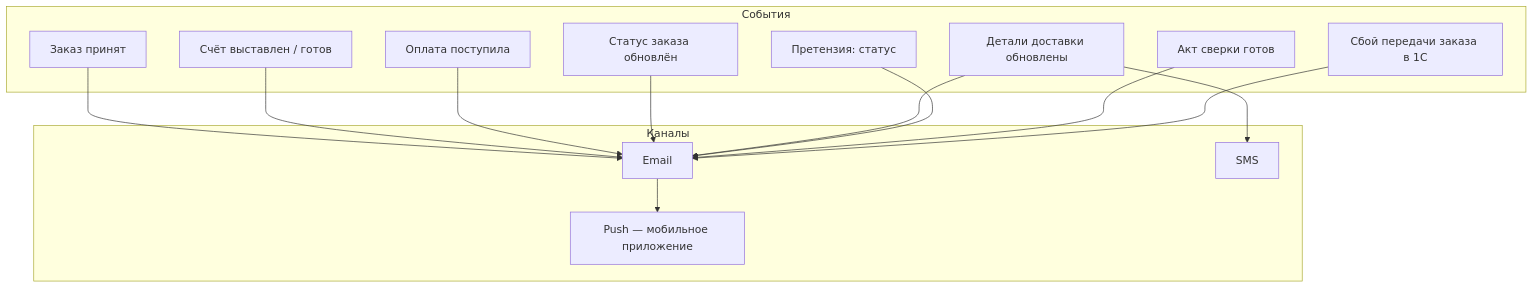
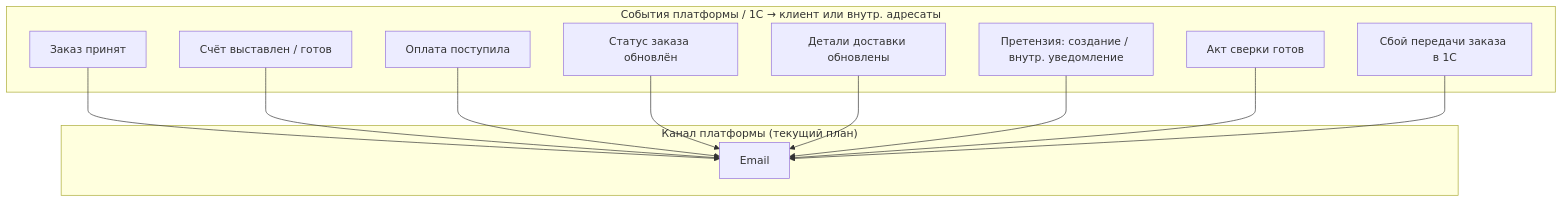
One commit to 1dotblack/palizh-analytics changed the diagram in ЧТЗ/10_уведомления.md. Above: the diagram before and after it, drawn with Mermaid. The commit also changed other lines of this file and 24 other files, not shown here.

````diff
--- a/ЧТЗ/10_уведомления.md
+++ b/ЧТЗ/10_уведомления.md
@@ -26,26 +29,24 @@
 ```mermaid
 flowchart TB
-    subgraph События["События"]
+    subgraph События["События платформы / 1С → клиент или внутр. адресаты"]
         E1[Заказ принят]
         E2[Счёт выставлен / готов]
         E3[Оплата поступила]
         E4[Статус заказа обновлён]
         E5[Детали доставки обновлены]
-        E6[Претензия: статус]
+        E6[Претензия: создание / внутр. уведомление]
         E7[Акт сверки готов]
         E8[Сбой передачи заказа в 1С]
     end
 
-    subgraph Каналы["Каналы"]
+    subgraph Канал["Канал платформы (текущий план)"]
         E1 --> C[Email]
         E2 --> C
         E3 --> C
         E4 --> C
         E5 --> C
-        E5 --> S[SMS]
         E6 --> C
         E7 --> C
         E8 --> C
-        C --> P[Push — мобильное приложение]
     end
 ```
````
